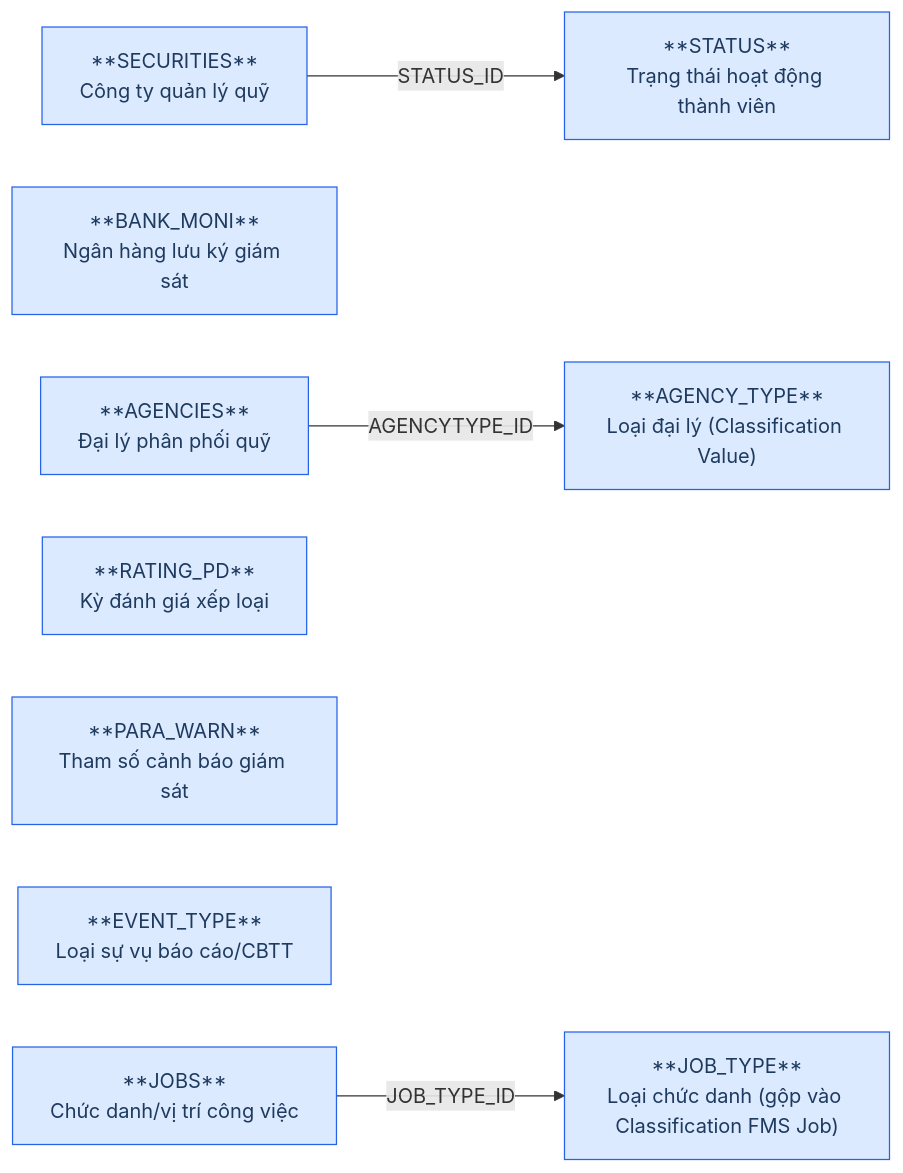
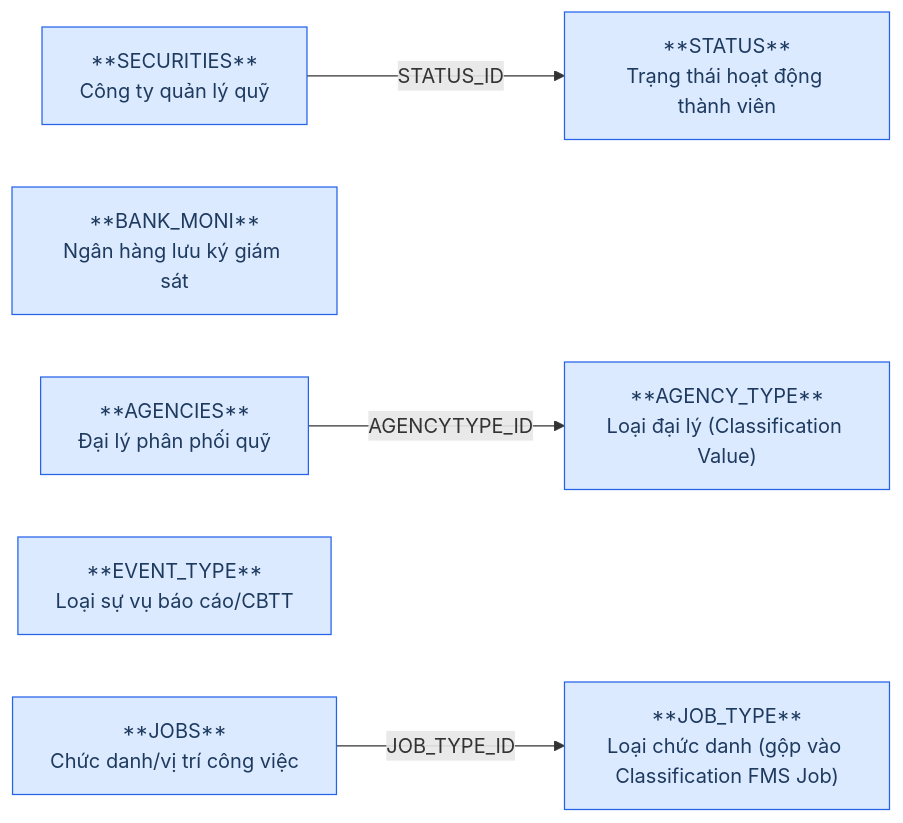
Before and after one commit to linhlvit/ubck_atomic_design: the first of 2 diagrams in DataModel/working/Atomic/hld/FMS_HLD_Tier1.md, drawn with Mermaid. The commit also changed other lines of this file and 72 other files, not shown here.

````diff
--- a/DataModel/working/Atomic/hld/FMS_HLD_Tier1.md
+++ b/DataModel/working/Atomic/hld/FMS_HLD_Tier1.md
@@ -36,19 +34,17 @@
 ```mermaid
 graph LR
     classDef src fill:#dbeafe,stroke:#2563eb,color:#1e3a5f
 
     SECURITIES["**SECURITIES**\nCông ty quản lý quỹ"]:::src
     BANK_MONI["**BANK_MONI**\nNgân hàng lưu ký giám sát"]:::src
     AGENCIES["**AGENCIES**\nĐại lý phân phối quỹ"]:::src
-    RATING_PD["**RATING_PD**\nKỳ đánh giá xếp loại"]:::src
-    PARA_WARN["**PARA_WARN**\nTham số cảnh báo giám sát"]:::src
     AGENCY_TYPE["**AGENCY_TYPE**\nLoại đại lý (Classification Value)"]:::src
     STATUS["**STATUS**\nTrạng thái hoạt động thành viên"]:::src
     EVENT_TYPE["**EVENT_TYPE**\nLoại sự vụ báo cáo/CBTT"]:::src
     JOBS["**JOBS**\nChức danh/vị trí công việc"]:::src
     JOB_TYPE["**JOB_TYPE**\nLoại chức danh (gộp vào Classification FMS Job)"]:::src
 
     AGENCIES -->|"AGENCYTYPE_ID"| AGENCY_TYPE
     SECURITIES -->|"STATUS_ID"| STATUS
     JOBS -->|"JOB_TYPE_ID"| JOB_TYPE
 ```
````
